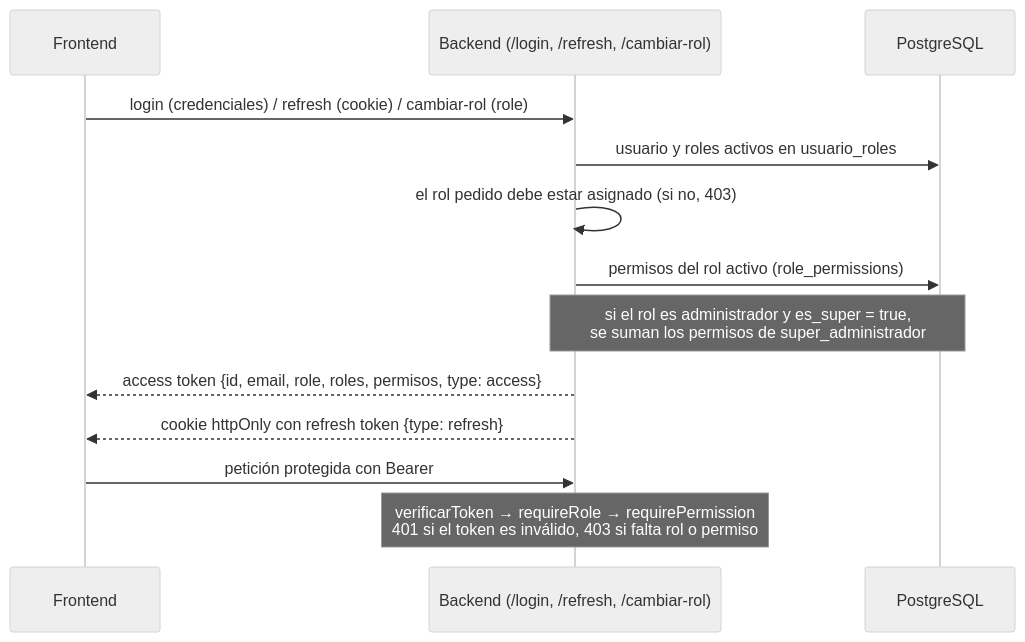
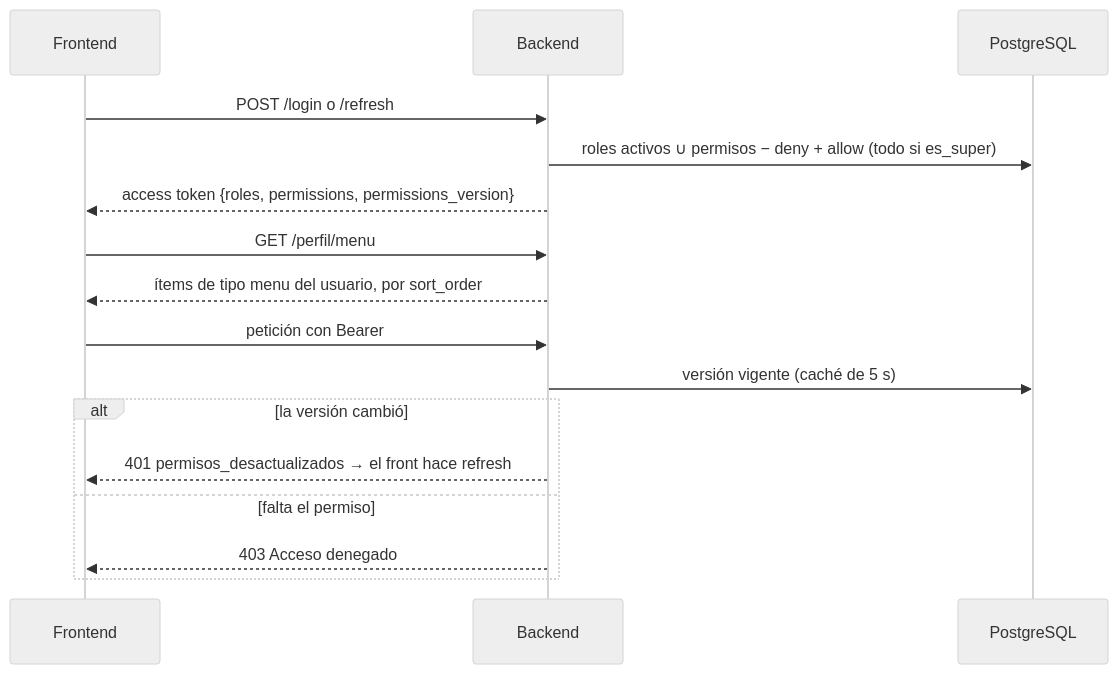
One commit to ELVISrodrigo123/Perezoso changed the second of 2 diagrams in docs/roles-and-permissions.md. Above: the diagram before and after it, drawn with Mermaid (neutral theme). The commit also changed other lines of this file and 1 other file, not shown here.

First line of the commit message:
docs: update roles and deployment docs

````diff
--- a/docs/roles-and-permissions.md
+++ b/docs/roles-and-permissions.md
@@ -53,17 +79,19 @@
 ```mermaid
 sequenceDiagram
   participant F as Frontend
-  participant A as Backend (/login, /refresh, /cambiar-rol)
+  participant A as Backend
   participant DB as PostgreSQL
 
-  F->>A: login (credenciales) / refresh (cookie) / cambiar-rol (role)
-  A->>DB: usuario y roles activos en usuario_roles
-  A->>A: el rol pedido debe estar asignado (si no, 403)
-  A->>DB: permisos del rol activo (role_permissions)
-  Note over A,DB: si el rol es administrador y es_super = true,<br/>se suman los permisos de super_administrador
-  A-->>F: access token {id, email, role, roles, permisos, type: access}
-  A-->>F: cookie httpOnly con refresh token {type: refresh}
-
-  F->>A: petición protegida con Bearer
-  Note over A: verificarToken → requireRole → requirePermission<br/>401 si el token es inválido, 403 si falta rol o permiso
+  F->>A: POST /login o /refresh
+  A->>DB: roles activos ∪ permisos − deny + allow (todo si es_super)
+  A-->>F: access token {roles, permissions, permissions_version}
+  F->>A: GET /perfil/menu
+  A-->>F: ítems de tipo menu del usuario, por sort_order
+  F->>A: petición con Bearer
+  A->>DB: versión vigente (caché de 5 s)
+  alt la versión cambió
+    A-->>F: 401 permisos_desactualizados → el front hace refresh
+  else falta el permiso
+    A-->>F: 403 Acceso denegado
+  end
 ```
````
